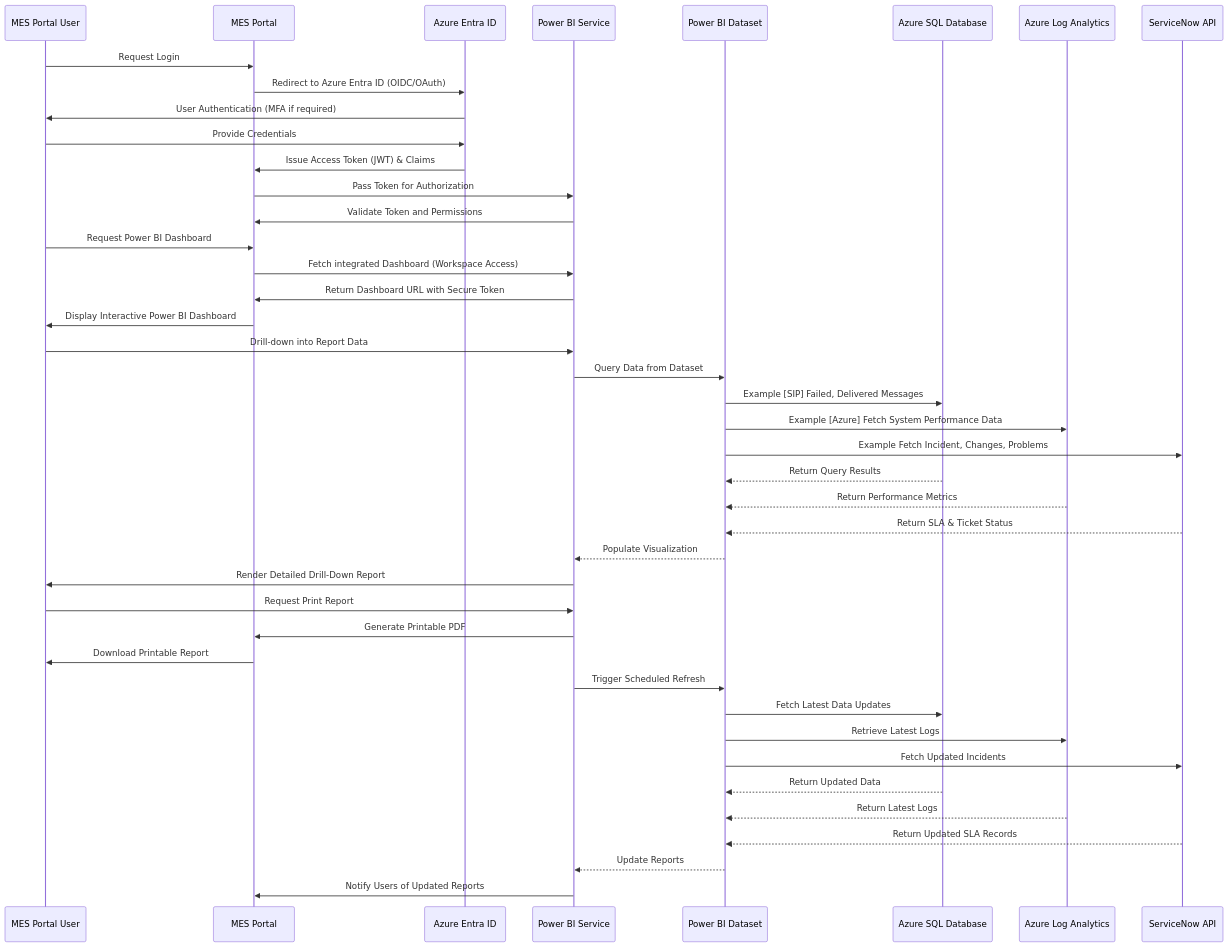
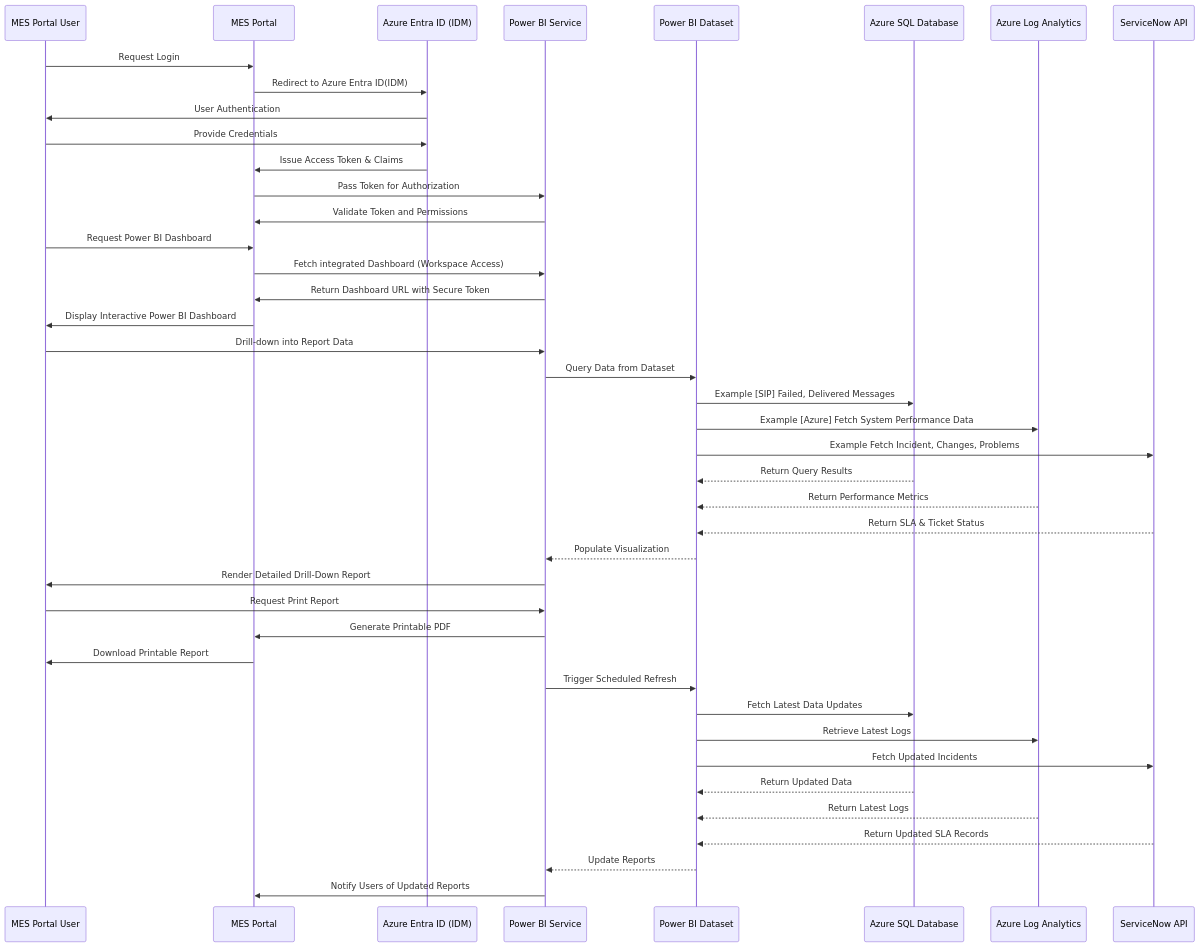
The first of 12 diagrams in README.md (oigbokwe73/MuleSoft-Moveit-Azure-Data-Logging-Monitoring-Solution), drawn with Mermaid before and after one commit.

````diff
--- a/README.md
+++ b/README.md
@@ -4,54 +4,54 @@
 ```mermaid
 sequenceDiagram
     participant User as MES Portal User
     participant MES as MES Portal
-    participant AzureAD as Azure Entra ID
+    participant AzureAD as Azure Entra ID (IDM)
     participant PowerBI as Power BI Service
     participant Dataset as Power BI Dataset
     participant SQL as Azure SQL Database
     participant LogAnalytics as Azure Log Analytics
     participant ServiceNow as ServiceNow API
 
     %% Step 1: Authentication & Authorization
     User->>MES: Request Login
-    MES->>AzureAD: Redirect to Azure Entra ID (OIDC/OAuth)
-    AzureAD->>User: User Authentication (MFA if required)
+    MES->>AzureAD: Redirect to Azure Entra ID(IDM)
+    AzureAD->>User: User Authentication 
     User->>AzureAD: Provide Credentials
-    AzureAD->>MES: Issue Access Token (JWT) & Claims
+    AzureAD->>MES: Issue Access Token & Claims
     MES->>PowerBI: Pass Token for Authorization
     PowerBI->>MES: Validate Token and Permissions
 
     %% Step 2: Workspace Access & Report Viewing
     User->>MES: Request Power BI Dashboard
     MES->>PowerBI: Fetch integrated Dashboard (Workspace Access)
     PowerBI->>MES: Return Dashboard URL with Secure Token
     MES->>User: Display Interactive Power BI Dashboard
 
     %% Step 3: Drill-Down & Print Reports
     User->>PowerBI: Drill-down into Report Data
     PowerBI->>Dataset: Query Data from Dataset
     Dataset->>SQL: Example [SIP] Failed, Delivered Messages
     Dataset->>LogAnalytics: Example [Azure] Fetch System Performance Data
     Dataset->>ServiceNow: Example Fetch Incident, Changes, Problems
     SQL-->>Dataset: Return Query Results
     LogAnalytics-->>Dataset: Return Performance Metrics
     ServiceNow-->>Dataset: Return SLA & Ticket Status
     Dataset-->>PowerBI: Populate Visualization
     PowerBI->>User: Render Detailed Drill-Down Report
     User->>PowerBI: Request Print Report
     PowerBI->>MES: Generate Printable PDF
     MES->>User: Download Printable Report
 
     %% Step 4: Scheduled Auto Refresh
     PowerBI->>Dataset: Trigger Scheduled Refresh
     Dataset->>SQL: Fetch Latest Data Updates
     Dataset->>LogAnalytics: Retrieve Latest Logs
     Dataset->>ServiceNow: Fetch Updated Incidents
     SQL-->>Dataset: Return Updated Data
     LogAnalytics-->>Dataset: Return Latest Logs
     ServiceNow-->>Dataset: Return Updated SLA Records
     Dataset-->>PowerBI: Update Reports
     PowerBI->>MES: Notify Users of Updated Reports
 
     %% End of Sequence
 ```
````
